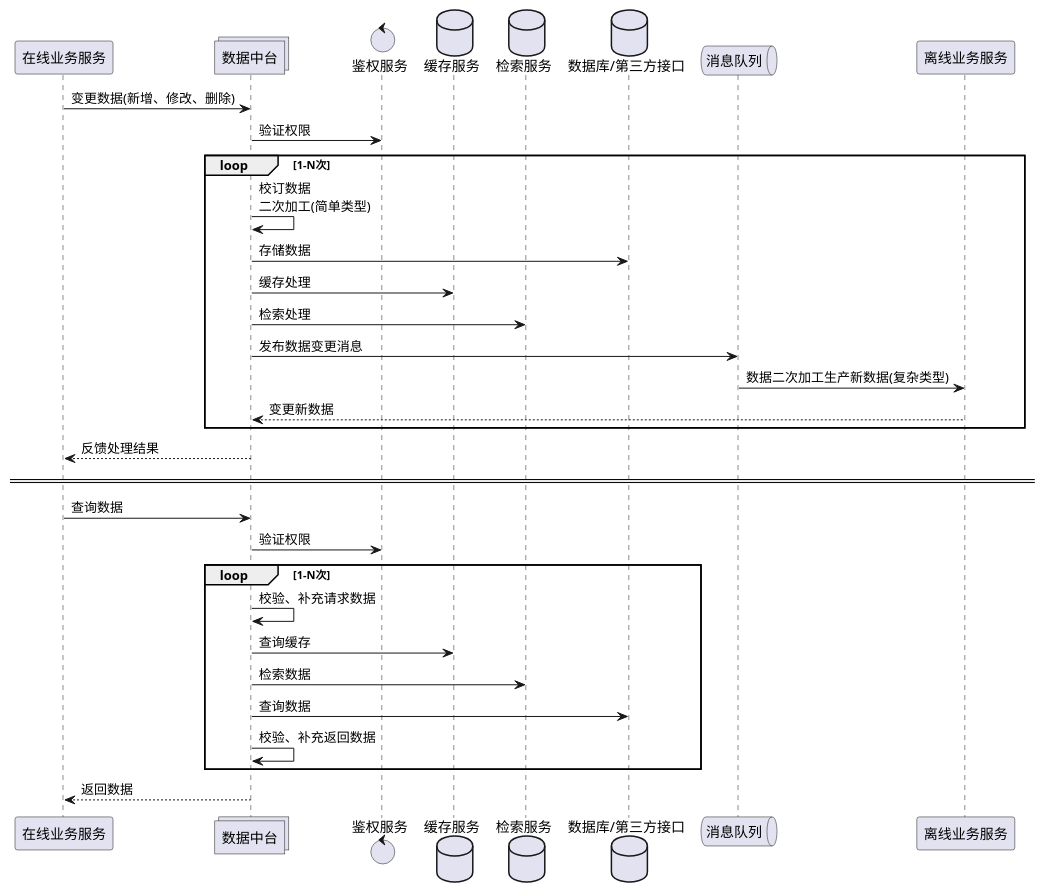
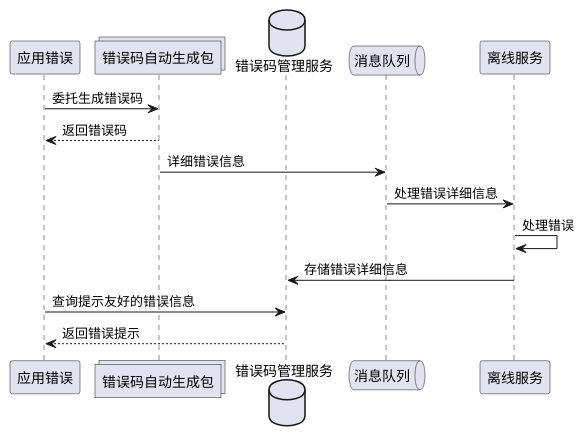
The second of 4 diagrams in README.md (suifengpiao14/errorformater), drawn with PlantUML before and after one commit. The commit also changed other lines of this file and 10 other files, not shown here.

````diff
--- a/README.md
+++ b/README.md
@@ -34,36 +26,18 @@
 ```plantuml
 @startuml
-participant business as "在线业务服务"
-collections dataCenter as "数据中台"
-control auth as "鉴权服务" 
-database cache as "缓存服务"
-database index as "检索服务"
-database db as "数据库/第三方接口"
+participant error as "应用错误"
+collections generatorErrorCode as "错误码自动生成包"
+database errorManager as "错误码管理服务"
 queue mq as "消息队列"
-participant backBusiness as "离线业务服务" 
+participant back as "离线服务" 
 
-business -> dataCenter : 变更数据(新增、修改、删除)
-dataCenter->auth:验证权限
-loop 1-N次
-dataCenter->dataCenter: 校订数据\n二次加工(简单类型)
-dataCenter -> db : 存储数据
-dataCenter -> cache : 缓存处理
-dataCenter -> index : 检索处理
-dataCenter->mq: 发布数据变更消息
-mq->backBusiness: 数据二次加工生产新数据(复杂类型)
-backBusiness-->dataCenter: 变更新数据
-end
-dataCenter --> business : 反馈处理结果
-====
-business -> dataCenter: 查询数据
-dataCenter->auth:验证权限
-loop 1-N次
-dataCenter -> dataCenter: 校验、补充请求数据
-dataCenter -> cache: 查询缓存
-dataCenter -> index: 检索数据
-dataCenter -> db : 查询数据
-dataCenter -> dataCenter: 校验、补充返回数据
-end
-dataCenter -->business: 返回数据
+error -> generatorErrorCode : 委托生成错误码
+generatorErrorCode-->error:返回错误码
+generatorErrorCode->mq: 详细错误信息
+mq->back: 处理错误详细信息
+back->back: 处理错误
+back->errorManager: 存储错误详细信息
+error->errorManager:查询提示友好的错误信息
+errorManager-->error: 返回错误提示
 @enduml
 ```
````
